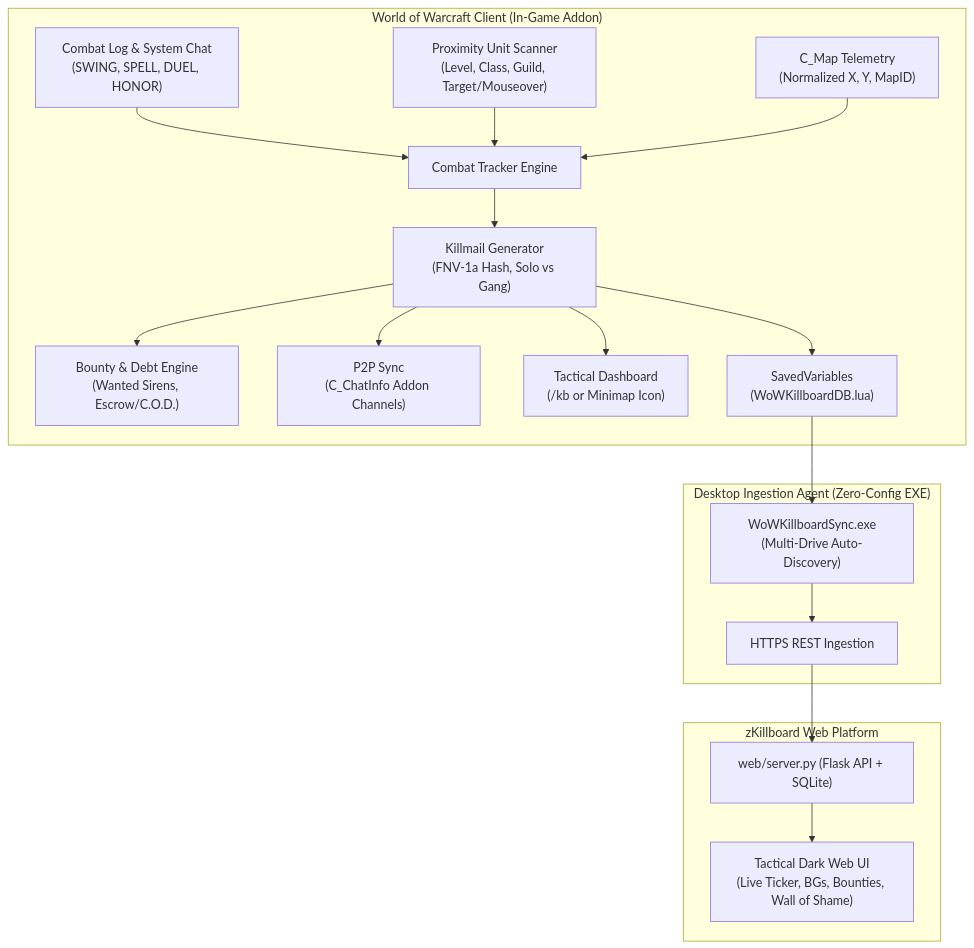
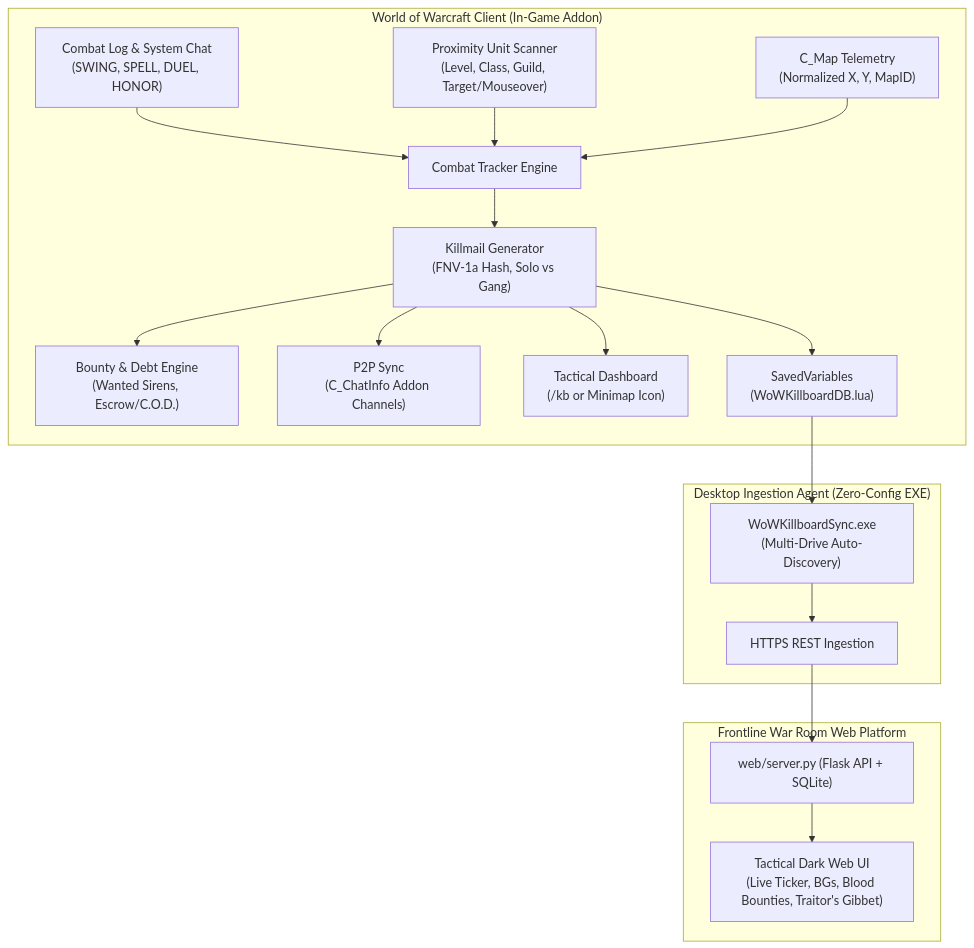
The diagram in README.md (dagariane-commits/WoW_Killboard), drawn with Mermaid before and after one commit. The commit also changed other lines of this file and 14 other files, not shown here.

Commit message:
feat(lore): infuse dark warcraft frontline war room lore and enforce world-only pvp gating

````diff
--- a/README.md
+++ b/README.md
@@ -34,23 +34,23 @@
 ```mermaid
 flowchart TD
     subgraph Client ["World of Warcraft Client (In-Game Addon)"]
         CL["Combat Log & System Chat\n(SWING, SPELL, DUEL, HONOR)"] --> CT["Combat Tracker Engine"]
         US["Proximity Unit Scanner\n(Level, Class, Guild, Target/Mouseover)"] --> CT
         GPS["C_Map Telemetry\n(Normalized X, Y, MapID)"] --> CT
         CT --> KM["Killmail Generator\n(FNV-1a Hash, Solo vs Gang)"]
         KM --> BE["Bounty & Debt Engine\n(Wanted Sirens, Escrow/C.O.D.)"]
         KM --> P2P["P2P Sync\n(C_ChatInfo Addon Channels)"]
         KM --> IGUI["Tactical Dashboard\n(/kb or Minimap Icon)"]
         KM --> SV["SavedVariables\n(WoWKillboardDB.lua)"]
     end
 
     subgraph Desktop ["Desktop Ingestion Agent (Zero-Config EXE)"]
         SV --> Watcher["WoWKillboardSync.exe\n(Multi-Drive Auto-Discovery)"]
         Watcher --> API["HTTPS REST Ingestion"]
     end
 
-    subgraph Web ["zKillboard Web Platform"]
+    subgraph Web ["Frontline War Room Web Platform"]
         API --> Server["web/server.py (Flask API + SQLite)"]
-        Server --> WebUI["Tactical Dark Web UI\n(Live Ticker, BGs, Bounties, Wall of Shame)"]
+        Server --> WebUI["Tactical Dark Web UI\n(Live Ticker, BGs, Blood Bounties, Traitor's Gibbet)"]
     end
 ```
````
